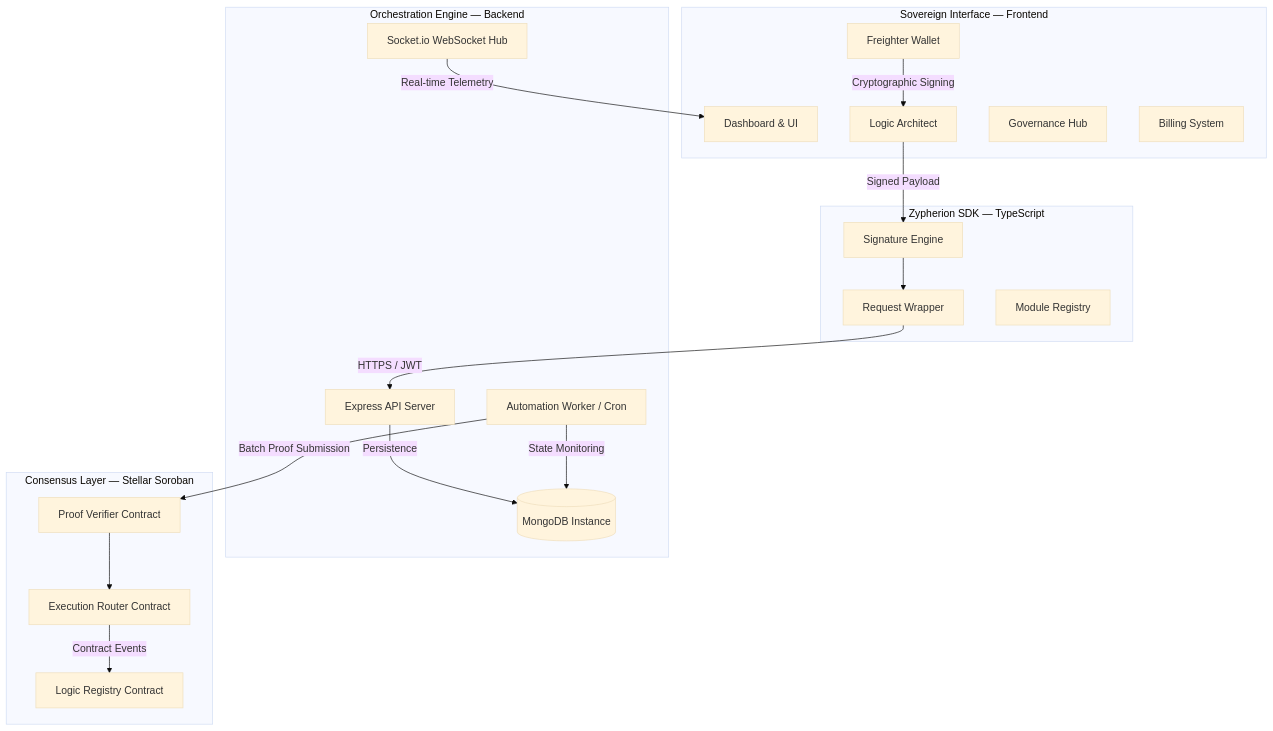
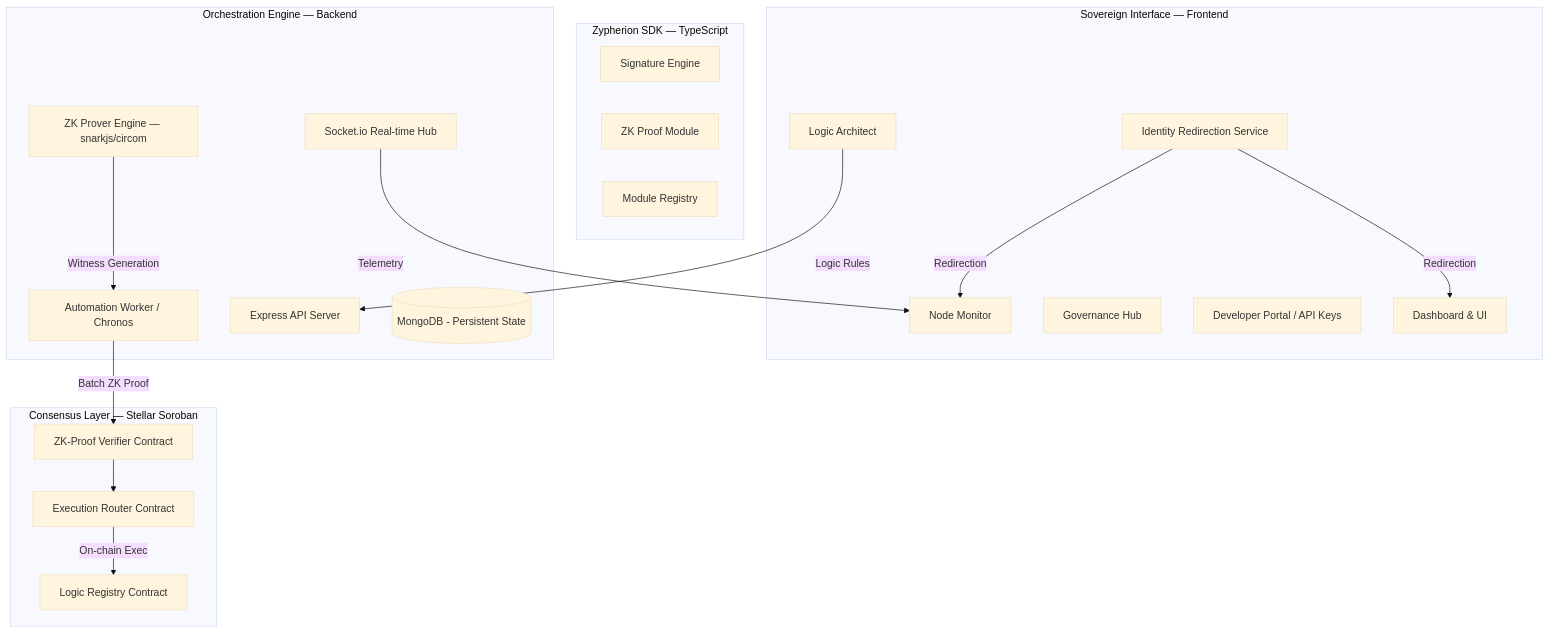
Before and after one commit to Pritam9078/ZYPHERION: the first of 5 diagrams in ARCHITECTURE.md, drawn with Mermaid (base theme). The commit also changed other lines of this file, not shown here.

````diff
--- a/ARCHITECTURE.md
+++ b/ARCHITECTURE.md
@@ -11,40 +11,40 @@
 ```mermaid
 graph TD
     subgraph FE["Sovereign Interface — Frontend"]
         A[Dashboard & UI]
         B[Logic Architect]
         C[Governance Hub]
-        D[Billing System]
-        E[Freighter Wallet]
+        D[Developer Portal / API Keys]
+        E[Node Monitor]
+        F[Identity Redirection Service]
     end
 
     subgraph SDK["Zypherion SDK — TypeScript"]
-        F[Signature Engine]
-        G[Request Wrapper]
-        H[Module Registry]
+        G[Signature Engine]
+        H[ZK Proof Module]
+        I[Module Registry]
     end
 
     subgraph BE["Orchestration Engine — Backend"]
-        I[Express API Server]
-        J[Automation Worker / Cron]
-        K[Socket.io WebSocket Hub]
-        L[(MongoDB Instance)]
+        J[Express API Server]
+        K[Automation Worker / Chronos]
+        L[ZK Prover Engine — snarkjs/circom]
+        M[(MongoDB - Persistent State)]
+        N[Socket.io Real-time Hub]
     end
 
     subgraph CHAIN["Consensus Layer — Stellar Soroban"]
-        M[Logic Registry Contract]
-        N[Proof Verifier Contract]
-        O[Execution Router Contract]
+        O[Logic Registry Contract]
+        P[ZK-Proof Verifier Contract]
+        Q[Execution Router Contract]
     end
 
-    E -- "Cryptographic Signing" --> B
-    B -- "Signed Payload" --> F
-    F --> G
-    G -- "HTTPS / JWT" --> I
-    I -- "Persistence" --> L
-    J -- "State Monitoring" --> L
-    J -- "Batch Proof Submission" --> N
-    N --> O
-    O -- "Contract Events" --> M
-    K -- "Real-time Telemetry" --> A
+    F -- "Redirection" --> A
+    F -- "Redirection" --> E
+    B -- "Logic Rules" --> J
+    L -- "Witness Generation" --> K
+    K -- "Batch ZK Proof" --> P
+    P --> Q
+    Q -- "On-chain Exec" --> O
+    N -- "Telemetry" --> E
 ```
````
